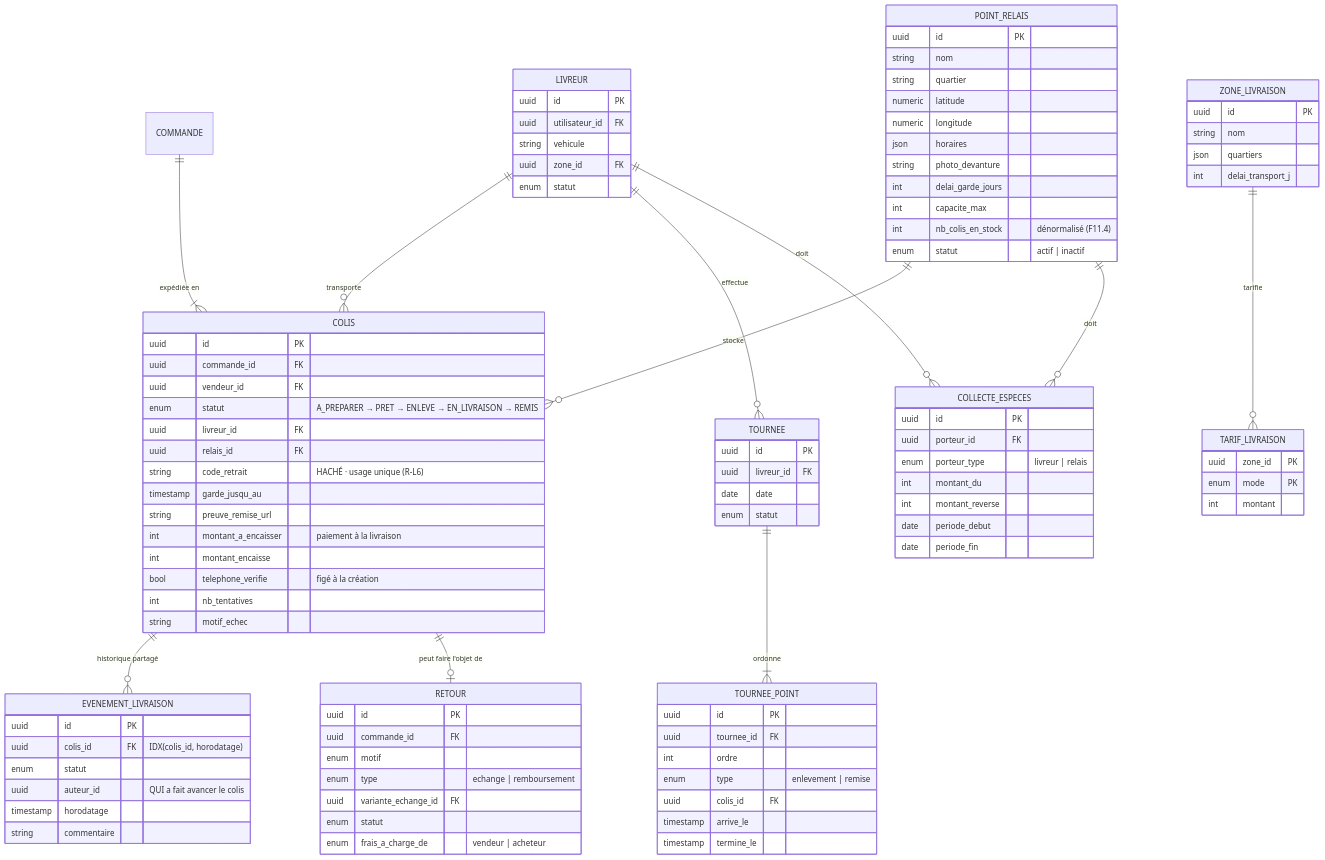
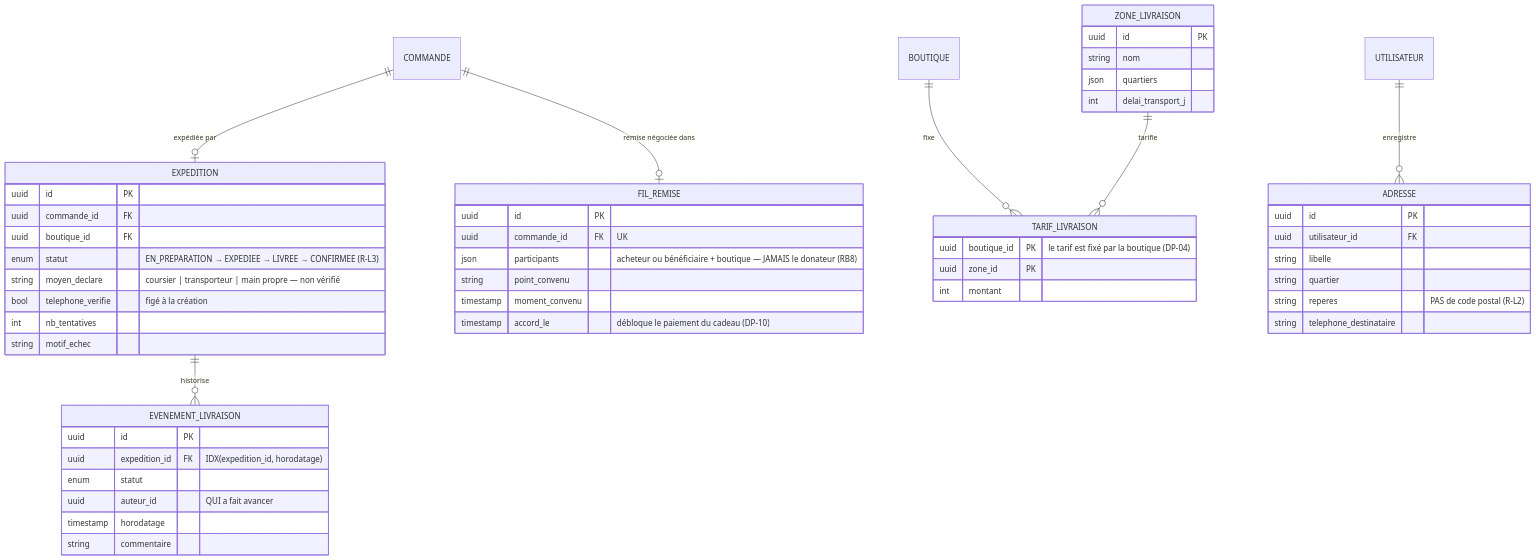
The fifth of 13 diagrams in docs/JP_CONCEPTION_BDD.md (andokevin/jp), drawn with Mermaid before and after one commit. The commit also changed other lines of this file and 58 other files, not shown here.

````diff
--- a/docs/JP_CONCEPTION_BDD.md
+++ b/docs/JP_CONCEPTION_BDD.md
@@ -536,74 +520,37 @@
 ```mermaid
 erDiagram
-    COMMANDE ||--|{ COLIS : "expédiée en"
-    COLIS ||--o{ EVENEMENT_LIVRAISON : "historique partagé"
-    POINT_RELAIS ||--o{ COLIS : "stocke"
-    LIVREUR ||--o{ COLIS : "transporte"
-    LIVREUR ||--o{ TOURNEE : "effectue"
-    TOURNEE ||--|{ TOURNEE_POINT : "ordonne"
-    COLIS ||--o| RETOUR : "peut faire l'objet de"
+    COMMANDE ||--o| EXPEDITION : "expédiée par"
+    COMMANDE ||--o| FIL_REMISE : "remise négociée dans"
+    EXPEDITION ||--o{ EVENEMENT_LIVRAISON : "historise"
+    BOUTIQUE ||--o{ TARIF_LIVRAISON : "fixe"
     ZONE_LIVRAISON ||--o{ TARIF_LIVRAISON : "tarifie"
-    LIVREUR ||--o{ COLLECTE_ESPECES : "doit"
-    POINT_RELAIS ||--o{ COLLECTE_ESPECES : "doit"
+    UTILISATEUR ||--o{ ADRESSE : "enregistre"
 
-    COLIS {
+    EXPEDITION {
         uuid id PK
         uuid commande_id FK
-        uuid vendeur_id FK
-        enum statut "A_PREPARER → PRET → ENLEVE → EN_LIVRAISON → REMIS"
-        uuid livreur_id FK
-        uuid relais_id FK
-        string code_retrait "HACHÉ · usage unique (R-L6)"
-        timestamp garde_jusqu_au
-        string preuve_remise_url
-        int montant_a_encaisser "paiement à la livraison"
-        int montant_encaisse
+        uuid boutique_id FK
+        enum statut "EN_PREPARATION → EXPEDIEE → LIVREE → CONFIRMEE (R-L3)"
+        string moyen_declare "coursier | transporteur | main propre — non vérifié"
         bool telephone_verifie "figé à la création"
         int nb_tentatives
         string motif_echec
     }
     EVENEMENT_LIVRAISON {
         uuid id PK
-        uuid colis_id FK "IDX(colis_id, horodatage)"
+        uuid expedition_id FK "IDX(expedition_id, horodatage)"
         enum statut
-        uuid auteur_id "QUI a fait avancer le colis"
+        uuid auteur_id "QUI a fait avancer"
         timestamp horodatage
         string commentaire
     }
-    POINT_RELAIS {
+    FIL_REMISE {
         uuid id PK
-        string nom
-        string quartier
-        numeric latitude
-        numeric longitude
-        json horaires
-        string photo_devanture
-        int delai_garde_jours
-        int capacite_max
-        int nb_colis_en_stock "dénormalisé (F11.4)"
-        enum statut "actif | inactif"
-    }
-    LIVREUR {
-        uuid id PK
-        uuid utilisateur_id FK
-        string vehicule
-        uuid zone_id FK
-        enum statut
-    }
-    TOURNEE {
-        uuid id PK
-        uuid livreur_id FK
-        date date
-        enum statut
-    }
-    TOURNEE_POINT {
-        uuid id PK
-        uuid tournee_id FK
-        int ordre
-        enum type "enlevement | remise"
-        uuid colis_id FK
-        timestamp arrive_le
-        timestamp termine_le
+        uuid commande_id FK "UK"
+        json participants "acheteur ou bénéficiaire + boutique — JAMAIS le donateur (RB8)"
+        string point_convenu
+        timestamp moment_convenu
+        timestamp accord_le "débloque le paiement du cadeau (DP-10)"
     }
     ZONE_LIVRAISON {
         uuid id PK
@@ -612,26 +559,16 @@
         int delai_transport_j
     }
     TARIF_LIVRAISON {
+        uuid boutique_id PK "le tarif est fixé par la boutique (DP-04)"
         uuid zone_id PK
-        enum mode PK
         int montant
     }
-    RETOUR {
+    ADRESSE {
         uuid id PK
-        uuid commande_id FK
-        enum motif
-        enum type "echange | remboursement"
-        uuid variante_echange_id FK
-        enum statut
-        enum frais_a_charge_de "vendeur | acheteur"
-    }
-    COLLECTE_ESPECES {
-        uuid id PK
-        uuid porteur_id FK
-        enum porteur_type "livreur | relais"
-        int montant_du
-        int montant_reverse
-        date periode_debut
-        date periode_fin
+        uuid utilisateur_id FK
+        string libelle
+        string quartier
+        string reperes "PAS de code postal (R-L2)"
+        string telephone_destinataire
     }
 ```
````
